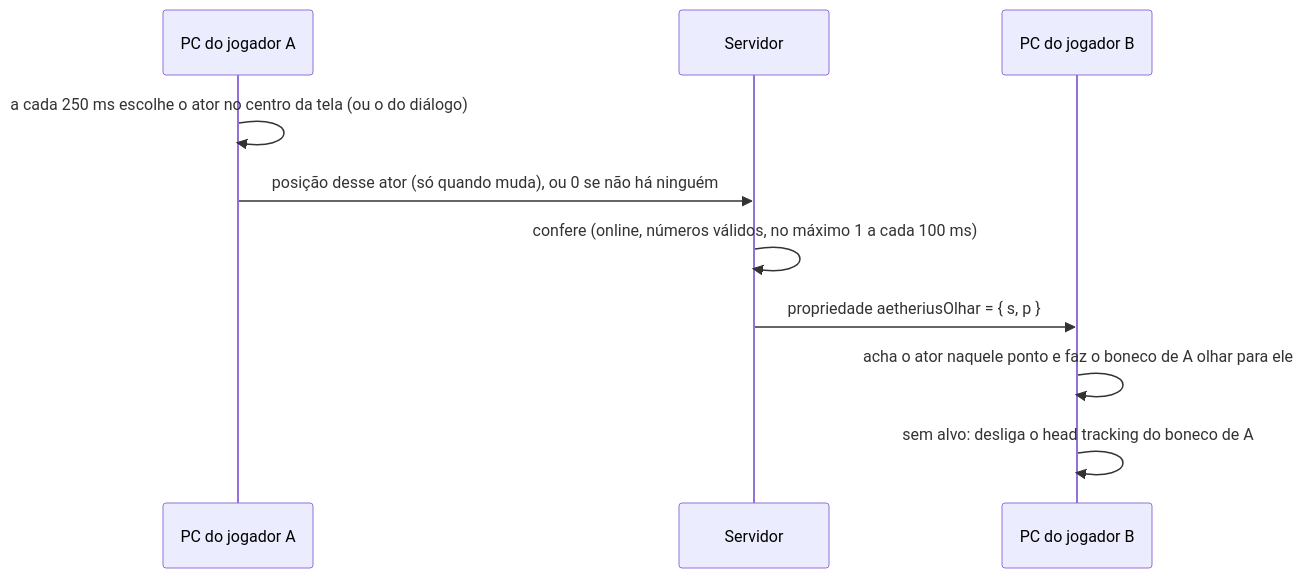
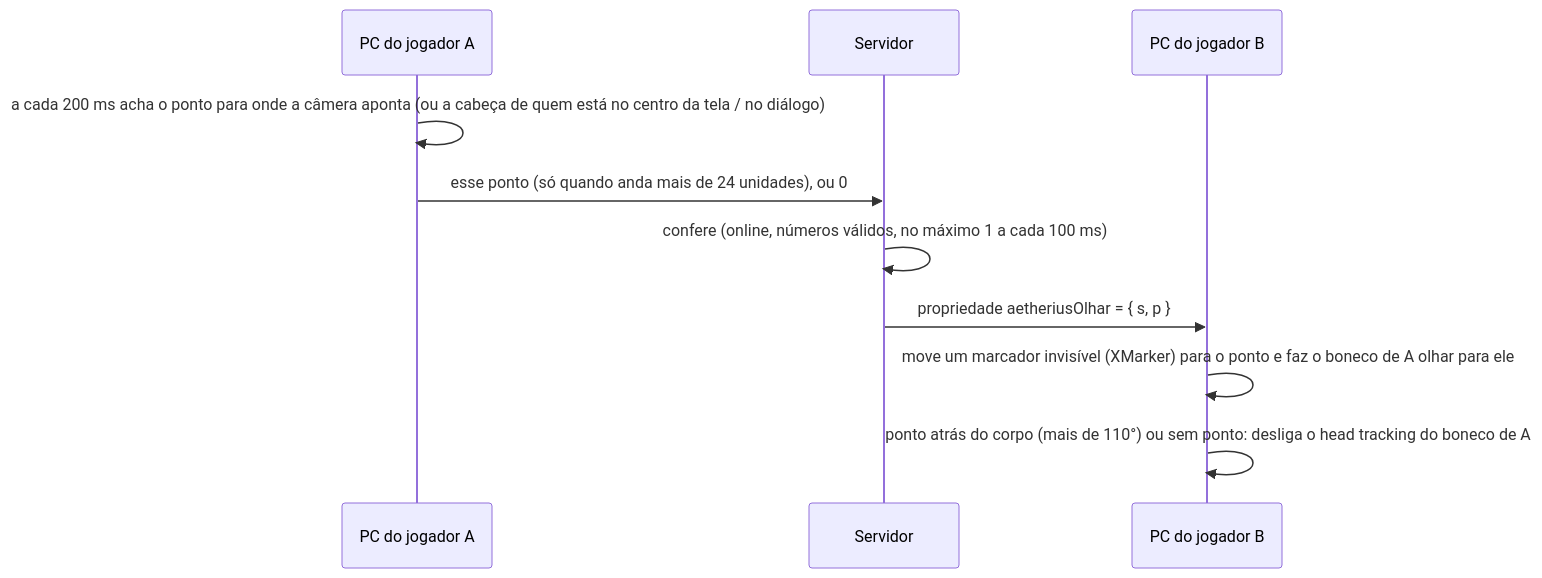
Before and after one commit to pablo-rodrigues1/AETHERIUS-ACERVO-DE-INFORMACOES: the diagram in 02-sistemas/olhar-sincronizado/README.md, drawn with Mermaid. The commit also changed other lines of this file and 3 other files, not shown here.

First line of the commit message:
docs(olhar-sincronizado): versão seamless com ponto da câmera e marcador

````diff
--- a/02-sistemas/olhar-sincronizado/README.md
+++ b/02-sistemas/olhar-sincronizado/README.md
@@ -30,12 +30,12 @@
 ```mermaid
 sequenceDiagram
   participant A as PC do jogador A
   participant S as Servidor
   participant B as PC do jogador B
-  A->>A: a cada 250 ms escolhe o ator no centro da tela (ou o do diálogo)
-  A->>S: posição desse ator (só quando muda), ou 0 se não há ninguém
+  A->>A: a cada 200 ms acha o ponto para onde a câmera aponta (ou a cabeça de quem está no centro da tela / no diálogo)
+  A->>S: esse ponto (só quando anda mais de 24 unidades), ou 0
   S->>S: confere (online, números válidos, no máximo 1 a cada 100 ms)
   S->>B: propriedade aetheriusOlhar = { s, p }
-  B->>B: acha o ator naquele ponto e faz o boneco de A olhar para ele
-  B->>B: sem alvo: desliga o head tracking do boneco de A
+  B->>B: move um marcador invisível (XMarker) para o ponto e faz o boneco de A olhar para ele
+  B->>B: ponto atrás do corpo (mais de 110°) ou sem ponto: desliga o head tracking do boneco de A
 ```
````
